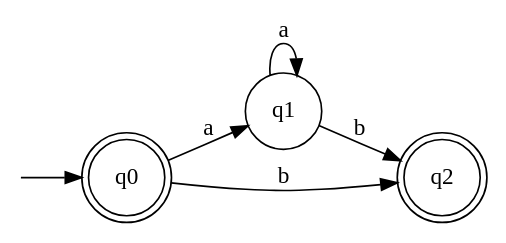
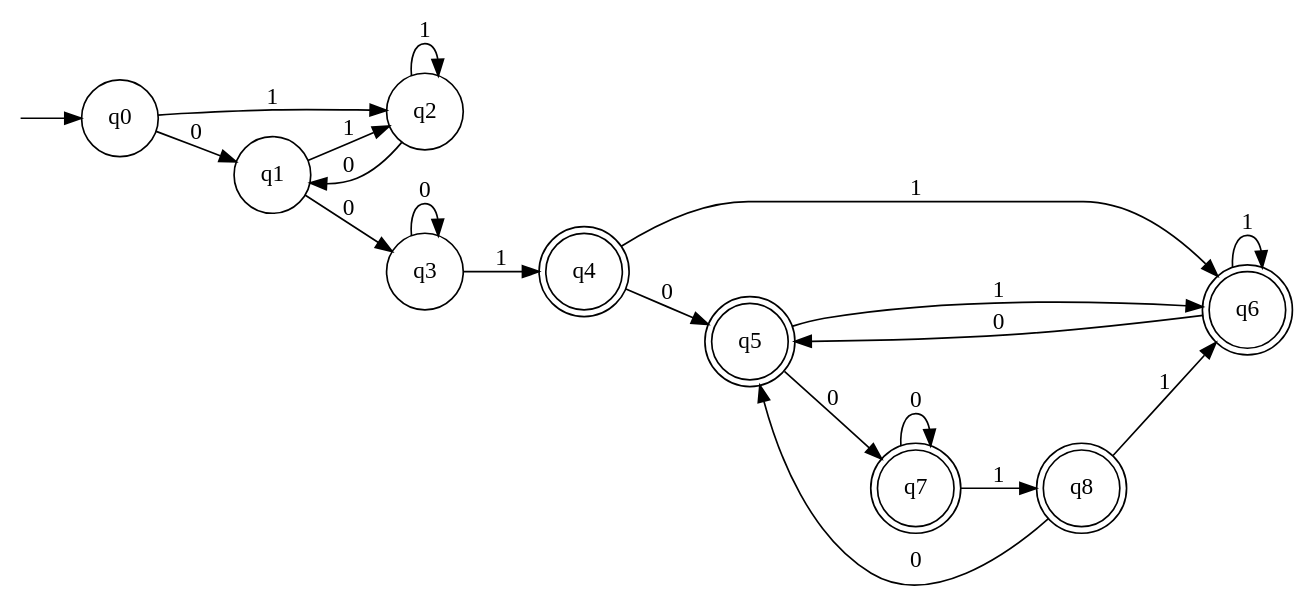
The diagram in dfa.dot (water-mizuu/finite_automata_conversion), drawn with Graphviz before and after one commit. The commit also changed 13 other files, not shown here.

```diff
--- a/dfa.dot
+++ b/dfa.dot
@@ -1,12 +1,32 @@
 digraph G {
   rankdir=LR;
   n__ [label="" shape=none width=.0];
-  0 [shape=doublecircle label="q0"]
+  0 [shape=circle label="q0"]
   1 [shape=circle label="q1"]
-  2 [shape=doublecircle label="q2"]
+  2 [shape=circle label="q2"]
+  3 [shape=circle label="q3"]
+  4 [shape=doublecircle label="q4"]
+  5 [shape=doublecircle label="q5"]
+  6 [shape=doublecircle label="q6"]
+  7 [shape=doublecircle label="q7"]
+  8 [shape=doublecircle label="q8"]
   n__ -> 0;
-  0 -> 1 [label="a"];
-  0 -> 2 [label="b"];
-  1 -> 1 [label="a"];
-  1 -> 2 [label="b"];
+  0 -> 1 [label="0"];
+  0 -> 2 [label="1"];
+  1 -> 3 [label="0"];
+  1 -> 2 [label="1"];
+  2 -> 1 [label="0"];
+  2 -> 2 [label="1"];
+  3 -> 3 [label="0"];
+  3 -> 4 [label="1"];
+  4 -> 5 [label="0"];
+  4 -> 6 [label="1"];
+  5 -> 7 [label="0"];
+  5 -> 6 [label="1"];
+  6 -> 5 [label="0"];
+  6 -> 6 [label="1"];
+  7 -> 7 [label="0"];
+  7 -> 8 [label="1"];
+  8 -> 5 [label="0"];
+  8 -> 6 [label="1"];
 }
```
